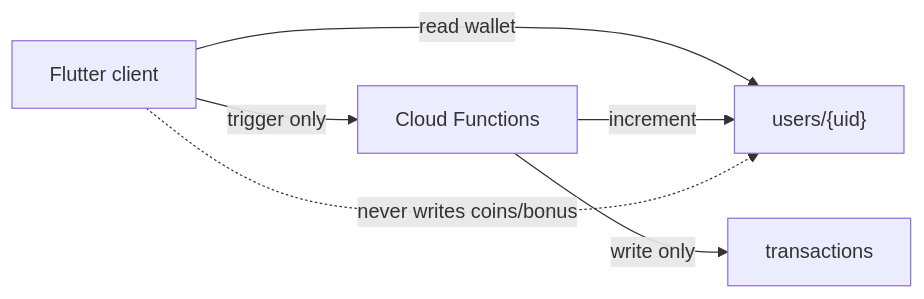
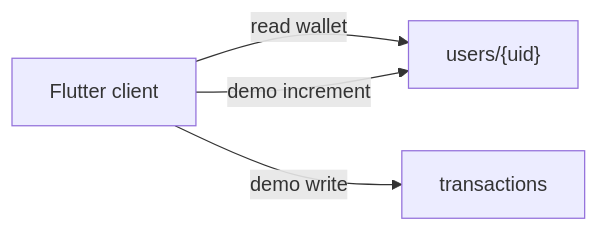
One commit to delevski/ShortiGo changed the ninth of 9 diagrams in README.md. Above: the diagram before and after it, drawn with Mermaid. The commit also changed other lines of this file and 15 other files, not shown here.

````diff
--- a/README.md
+++ b/README.md
@@ -347,8 +338,6 @@
 ```mermaid
 flowchart LR
   Client["Flutter client"] -->|"read wallet"| UserDoc["users/{uid}"]
-  Client -->|"trigger only"| CF["Cloud Functions"]
-  CF -->|"write only"| Ledger["transactions"]
-  CF -->|"increment"| UserDoc
-  Client -.->|"never writes coins/bonus"| UserDoc
+  Client -->|"demo write"| Ledger["transactions"]
+  Client -->|"demo increment"| UserDoc
 ```
````
